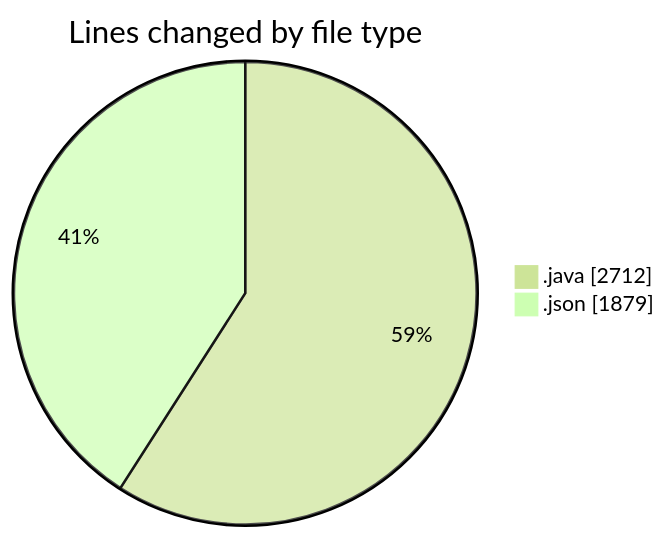
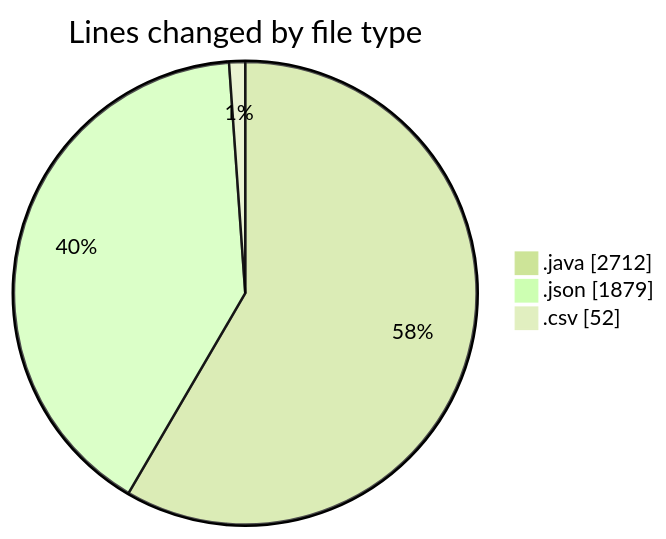
One commit to ricardozamudiocil/code-tracking changed the first of 2 diagrams in 2026-03-17/cilapp/README.md. Above: the diagram before and after it, drawn with Mermaid (forest theme). The commit also changed other lines of this file and 1 other file, not shown here.

````diff
--- a/2026-03-17/cilapp/README.md
+++ b/2026-03-17/cilapp/README.md
@@ -24,6 +26,7 @@
 ```mermaid
 pie showData
 title Lines changed by file type
 ".java" : 2712
 ".json" : 1879
+".csv" : 52
 ```
````
